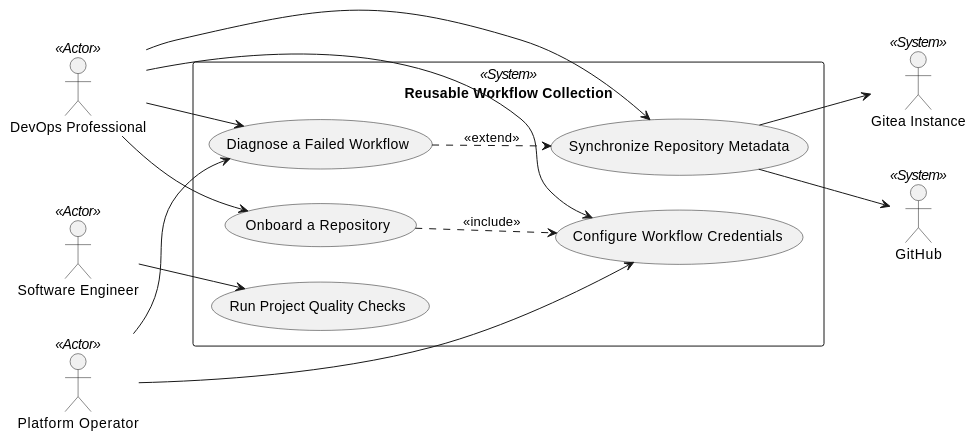
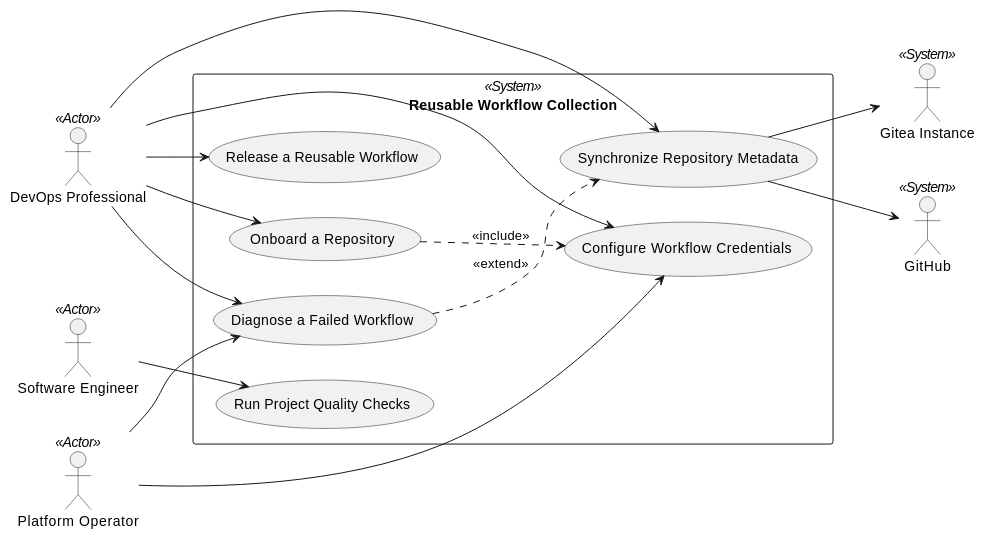
The diagram in docs/use-case-diagram.md (TirSystem/git-workflows), drawn with PlantUML before and after one commit. The commit also changed other lines of this file and 10 other files, not shown here.

````diff
--- a/docs/use-case-diagram.md
+++ b/docs/use-case-diagram.md
@@ -30,32 +30,34 @@
 ```plantuml
 @startuml
 left to right direction
 skinparam packageStyle rectangle
 
 actor "DevOps Professional" as DevOps <<Actor>>
 actor "Platform Operator" as Operator <<Actor>>
 actor "Software Engineer" as Engineer <<Actor>>
 actor "Gitea Instance" as Gitea <<System>>
 actor "GitHub" as GitHub <<System>>
 
 rectangle "Reusable Workflow Collection" <<System>> {
   usecase "Synchronize Repository Metadata" as UC1
   usecase "Configure Workflow Credentials" as UC2
   usecase "Onboard a Repository" as UC3
   usecase "Diagnose a Failed Workflow" as UC4
   usecase "Run Project Quality Checks" as UC5
+  usecase "Release a Reusable Workflow" as UC6
 }
 
 DevOps --> UC1
 DevOps --> UC2
 DevOps --> UC3
 DevOps --> UC4
+DevOps --> UC6
 Operator --> UC2
 Operator --> UC4
 Engineer --> UC5
 UC1 --> Gitea
 UC1 --> GitHub
 UC3 ..> UC2 : <<include>>
 UC4 ..> UC1 : <<extend>>
 @enduml
 ```
````
